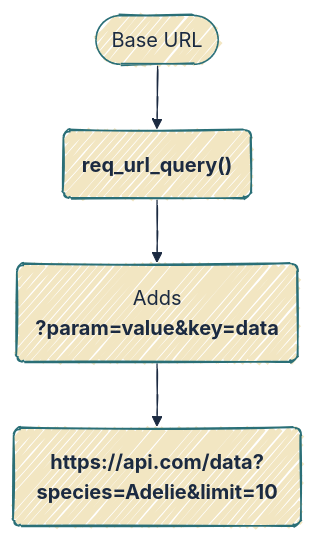
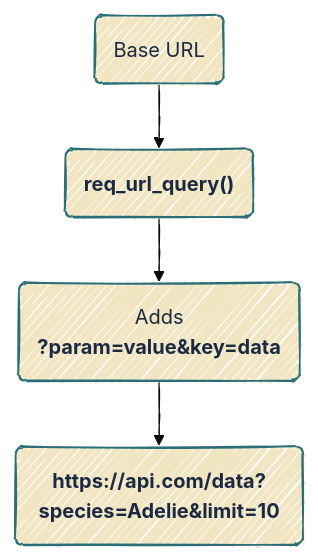
The second of 4 diagrams in httr2.qmd (mjfrigaard/do4ds-labs), drawn with Mermaid before and after one commit. The commit also changed other lines of this file and 37 other files, not shown here.

Commit message:
updates to mermaid

````diff
--- a/httr2.qmd
+++ b/httr2.qmd
@@ -74,11 +75,12 @@
 ```{mermaid}
 %%| fig-width: 6.5
 %%| fig-align: center
-%%{init: {'theme': 'base', 'look': 'handDrawn', 'themeVariables': { 'fontFamily': 'monospace', 'primaryColor': '#F2E6C2', 'primaryBorderColor': '#2A6F77', 'primaryTextColor': '#1B2A41', 'secondaryColor': '#d4e7e4', 'tertiaryColor': '#f5f0e4', 'lineColor': '#1B2A41', 'edgeLabelBackground': '#F2E6C2'}}}%%
+%%{init: {'theme': 'base', 'look': 'handDrawn', 'themeVariables': {'fontFamily': 'monospace'}}}%%
 
 graph TD
-	A(["Base URL"]) --> B("<strong>req_url_query()</strong>")
+	A("Base URL") --> B("<strong>req_url_query()</strong>")
 	B --> C("Adds<br><strong>?param=value&key=data</strong>")
 	C --> D("<strong>https://</strong><strong>api.com/data?species=Adelie&limit=10</strong>")
+    classDef default fill:#F2E6C2,stroke:#2A6F77,color:#1B2A41
 
 ```
````
